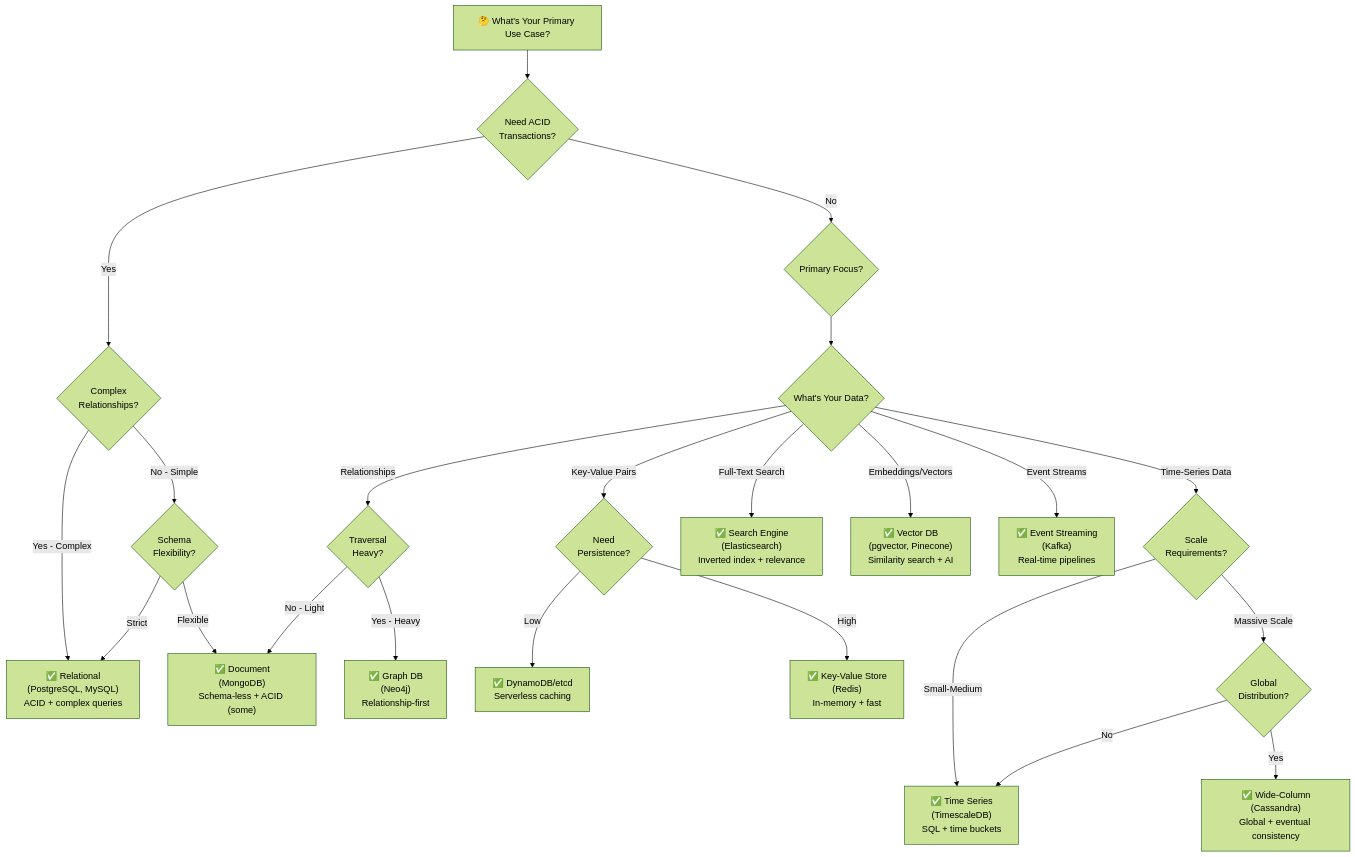
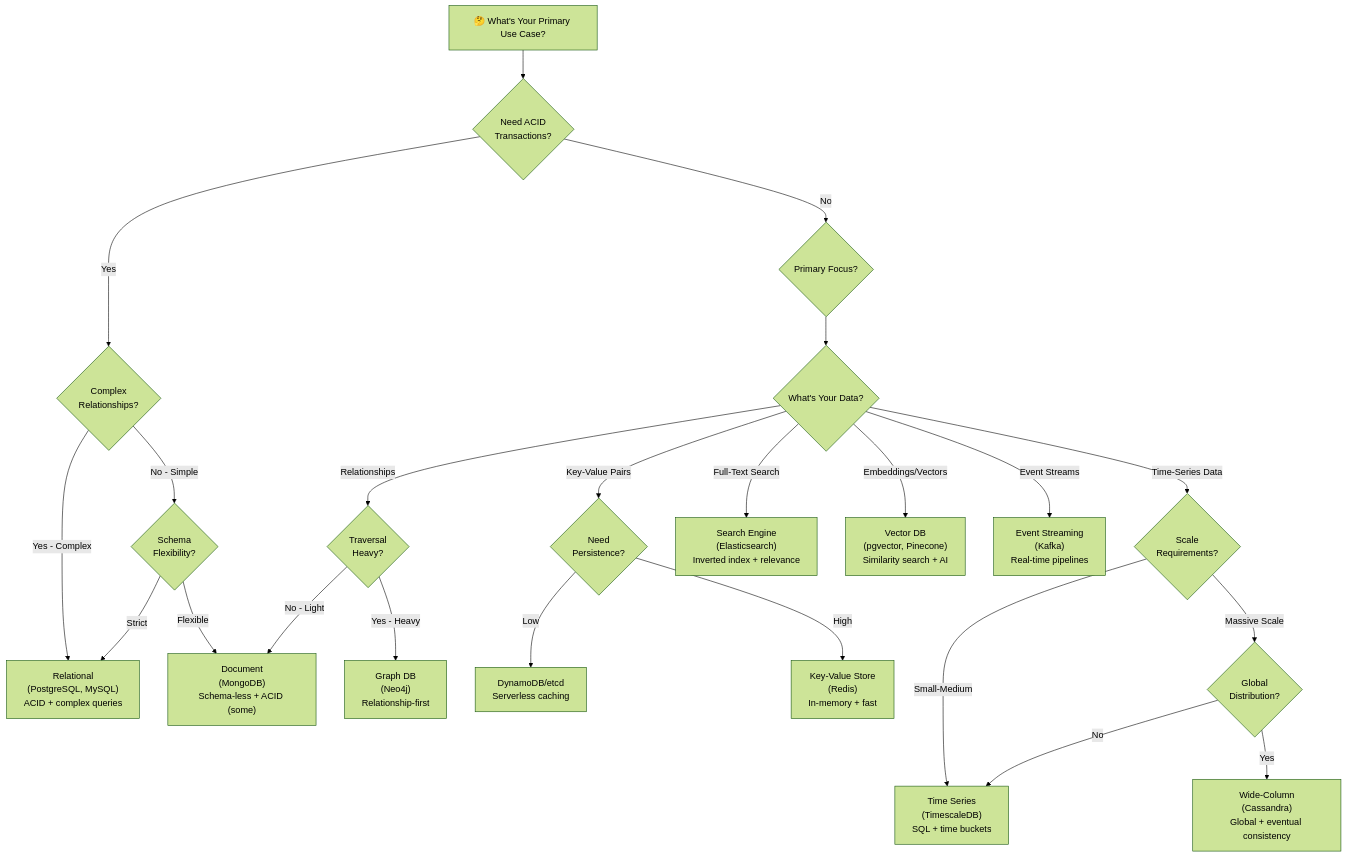
One commit to gameguild-gg/gameguild changed the diagram in apps/web/src/data/courses/databases/01-introduction/04-decision-matrix.md. Above: the diagram before and after it, drawn with Mermaid (forest theme). The commit also changed other lines of this file and 5 other files, not shown here.

````diff
--- a/apps/web/src/data/courses/databases/01-introduction/04-decision-matrix.md
+++ b/apps/web/src/data/courses/databases/01-introduction/04-decision-matrix.md
@@ -266,38 +266,38 @@
 ```mermaid
 graph TD
     Start["🤔 What's Your Primary Use Case?"]
 
     Start --> Q1{"Need ACID<br/>Transactions?"}
 
     Q1 -->|Yes| Q2{"Complex<br/>Relationships?"}
     Q1 -->|No| Q3{"Primary Focus?"}
 
-    Q2 -->|Yes - Complex| Relational["✅ Relational<br/>(PostgreSQL, MySQL)<br/>ACID + complex queries"]
+    Q2 -->|Yes - Complex| Relational["Relational<br/>(PostgreSQL, MySQL)<br/>ACID + complex queries"]
     Q2 -->|No - Simple| Q4{"Schema<br/>Flexibility?"}
 
-    Q4 -->|Flexible| Document["✅ Document<br/>(MongoDB)<br/>Schema-less + ACID (some)"]
+    Q4 -->|Flexible| Document["Document<br/>(MongoDB)<br/>Schema-less + ACID (some)"]
     Q4 -->|Strict| Relational
 
     Q3 --> Q5{"What's Your Data?"}
 
     Q5 -->|Relationships| Q8{"Traversal<br/>Heavy?"}
-    Q8 -->|Yes - Heavy| Graph["✅ Graph DB<br/>(Neo4j)<br/>Relationship-first"]
-    Q8 -->|No - Light| Document["✅ Document<br/>(MongoDB)<br/>Schema-less + ACID (some)"]
+    Q8 -->|Yes - Heavy| Graph["Graph DB<br/>(Neo4j)<br/>Relationship-first"]
+    Q8 -->|No - Light| Document["Document<br/>(MongoDB)<br/>Schema-less + ACID (some)"]
 
     Q5 -->|Key-Value Pairs| Q6{"Need<br/>Persistence?"}
-    Q6 -->|Low| DynamoDB["✅ DynamoDB/etcd<br/>Serverless caching"]
-    Q6 -->|High| Redis["✅ Key-Value Store<br/>(Redis)<br/>In-memory + fast"]
+    Q6 -->|Low| DynamoDB["DynamoDB/etcd<br/>Serverless caching"]
+    Q6 -->|High| Redis["Key-Value Store<br/>(Redis)<br/>In-memory + fast"]
 
     Q5 -->|Time-Series Data| Q7{"Scale<br/>Requirements?"}
-    Q5 -->|Full-Text Search| Search["✅ Search Engine<br/>(Elasticsearch)<br/>Inverted index + relevance"]
+    Q5 -->|Full-Text Search| Search["Search Engine<br/>(Elasticsearch)<br/>Inverted index + relevance"]
 
-    Q5 -->|Embeddings/Vectors| Vector["✅ Vector DB<br/>(pgvector, Pinecone)<br/>Similarity search + AI"]
-    Q5 -->|Event Streams| Kafka["✅ Event Streaming<br/>(Kafka)<br/>Real-time pipelines"]
+    Q5 -->|Embeddings/Vectors| Vector["Vector DB<br/>(pgvector, Pinecone)<br/>Similarity search + AI"]
+    Q5 -->|Event Streams| Kafka["Event Streaming<br/>(Kafka)<br/>Real-time pipelines"]
 
-    Q7 -->|Small-Medium| TimescaleDB["✅ Time Series<br/>(TimescaleDB)<br/>SQL + time buckets"]
+    Q7 -->|Small-Medium| TimescaleDB["Time Series<br/>(TimescaleDB)<br/>SQL + time buckets"]
     Q7 -->|Massive Scale| Q9{"Global<br/>Distribution?"}
 
-    Q9 -->|Yes| Cassandra["✅ Wide-Column<br/>(Cassandra)<br/>Global + eventual consistency"]
+    Q9 -->|Yes| Cassandra["Wide-Column<br/>(Cassandra)<br/>Global + eventual consistency"]
     Q9 -->|No| TimescaleDB
 
 ```
````
